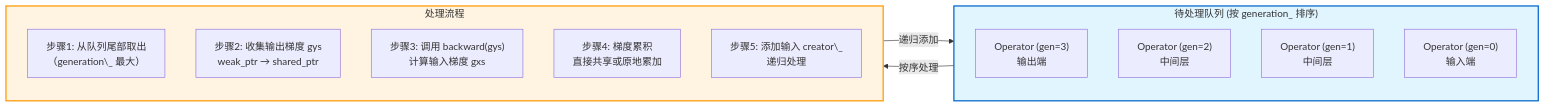
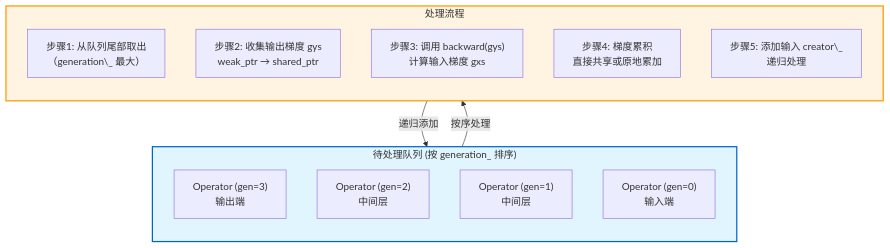
Diagram 20 of 47 in docs/design/architecture.md (jinbooooom/OriginDL), drawn with Mermaid before and after one commit. The commit also changed other lines of this file, not shown here.

Commit message:
doc(design): refactor architecture documentation chapters 3，4，6, 7 and 10

````diff
--- a/docs/design/architecture.md
+++ b/docs/design/architecture.md
@@ -1126,25 +1262,25 @@
 ```mermaid
-flowchart LR
+flowchart TB
     subgraph Queue["待处理队列 (按 generation_ 排序)"]
         direction TB
         Op3["Operator (gen=3)<br/>输出端"]
         Op2["Operator (gen=2)<br/>中间层"]
         Op1["Operator (gen=1)<br/>中间层"]
         Op0["Operator (gen=0)<br/>输入端"]
     end
     
     subgraph Process["处理流程"]
         direction TB
         Step1["步骤1: 从队列尾部取出<br/>（generation\_ 最大）"]
         Step2["步骤2: 收集输出梯度 gys<br/>weak_ptr → shared_ptr"]
         Step3["步骤3: 调用 backward(gys)<br/>计算输入梯度 gxs"]
         Step4["步骤4: 梯度累积<br/>直接共享或原地累加"]
         Step5["步骤5: 添加输入 creator\_<br/>递归处理"]
     end
     
     Queue -->|按序处理| Process
     Process -->|递归添加| Queue
     
     style Queue fill:#e1f5ff,stroke:#0066cc,stroke-width:2px
     style Process fill:#fff4e1,stroke:#ff9900,stroke-width:2px
 ```
````
